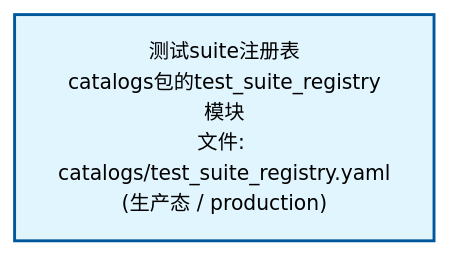
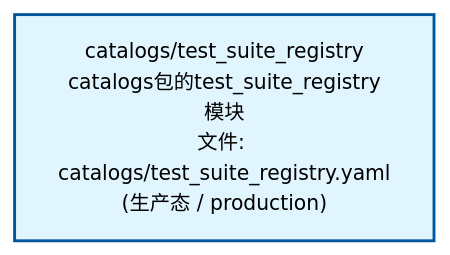
The second of 2 diagrams in docs/02_enterprise_architecture/02_domain_architecture_docs/33_d_audittest.md (xuanFelixVan/ZephyrAlpha), drawn with Mermaid before and after one commit. The commit also changed other lines of this file and 58 other files, not shown here.

````diff
--- a/docs/02_enterprise_architecture/02_domain_architecture_docs/33_d_audittest.md
+++ b/docs/02_enterprise_architecture/02_domain_architecture_docs/33_d_audittest.md
@@ -68,10 +68,10 @@
 ```mermaid
 %%{init: {'theme': 'base', 'themeVariables': {'primaryColor': '#eaeaea', 'primaryTextColor': '#333333', 'primaryBorderColor': '#666666', 'lineColor': '#666666', 'secondaryColor': '#eaeaea', 'tertiaryColor': '#eaeaea', 'fontSize': '14px'}}}%%
 flowchart TD
-    docs_01_policies_and_standards_registry_catalogs_test_suite_registry_yaml["测试suite注册表<br/>catalogs包的test_suite_registry模块<br/>文件: catalogs/test_suite_registry.yaml<br/>(生产态 / production)"]
+    docs_01_policies_and_standards_registry_catalogs_test_suite_registry_yaml["catalogs/test_suite_registry<br/>catalogs包的test_suite_registry模块<br/>文件: catalogs/test_suite_registry.yaml<br/>(生产态 / production)"]
     classDef production fill:#e1f5fe,stroke:#01579b,stroke-width:2px,color:#000
     classDef design fill:#fff3e0,stroke:#e65100,stroke-width:2px,color:#000,stroke-dasharray: 5 5
     classDef external_prod fill:#e8f4fd,stroke:#0277bd,stroke-width:1px,color:#000
     classDef external_design fill:#fff8e7,stroke:#ef6c00,stroke-width:1px,color:#000,stroke-dasharray: 5 5
     class docs_01_policies_and_standards_registry_catalogs_test_suite_registry_yaml production
 ```
````
